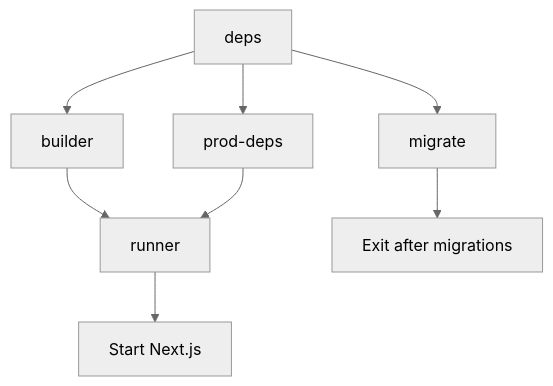
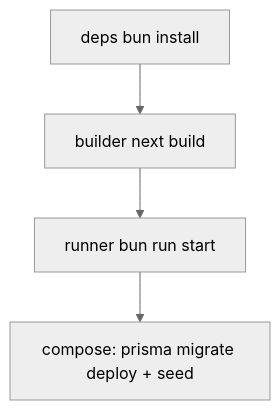
One commit to tashifkhan/tashif.codes changed the fourth of 8 diagrams in src/data/docs/talentsync/Architecture Overview/Deployment Architecture.md. Above: the diagram before and after it, drawn with Mermaid (neutral theme). The commit also changed other lines of this file and 2128 other files, not shown here.

First line of the commit message:
docs: replace raster diagram images with native Mermaid across project guides

````diff
--- a/src/data/docs/talentsync/Architecture Overview/Deployment Architecture.md
+++ b/src/data/docs/talentsync/Architecture Overview/Deployment Architecture.md
@@ -110,10 +113,6 @@
 ```mermaid
 flowchart TD
-D["deps"] --> B["builder"]
-D --> PD["prod-deps"]
-B --> R["runner"]
-PD --> R
-D --> M["migrate"]
-R --> StartRun["Start Next.js"]
-M --> ExitOnce["Exit after migrations"]
+D["deps bun install"] --> B["builder next build"]
+B --> R["runner bun run start"]
+R --> C["compose: prisma migrate deploy + seed"]
 ```
````
